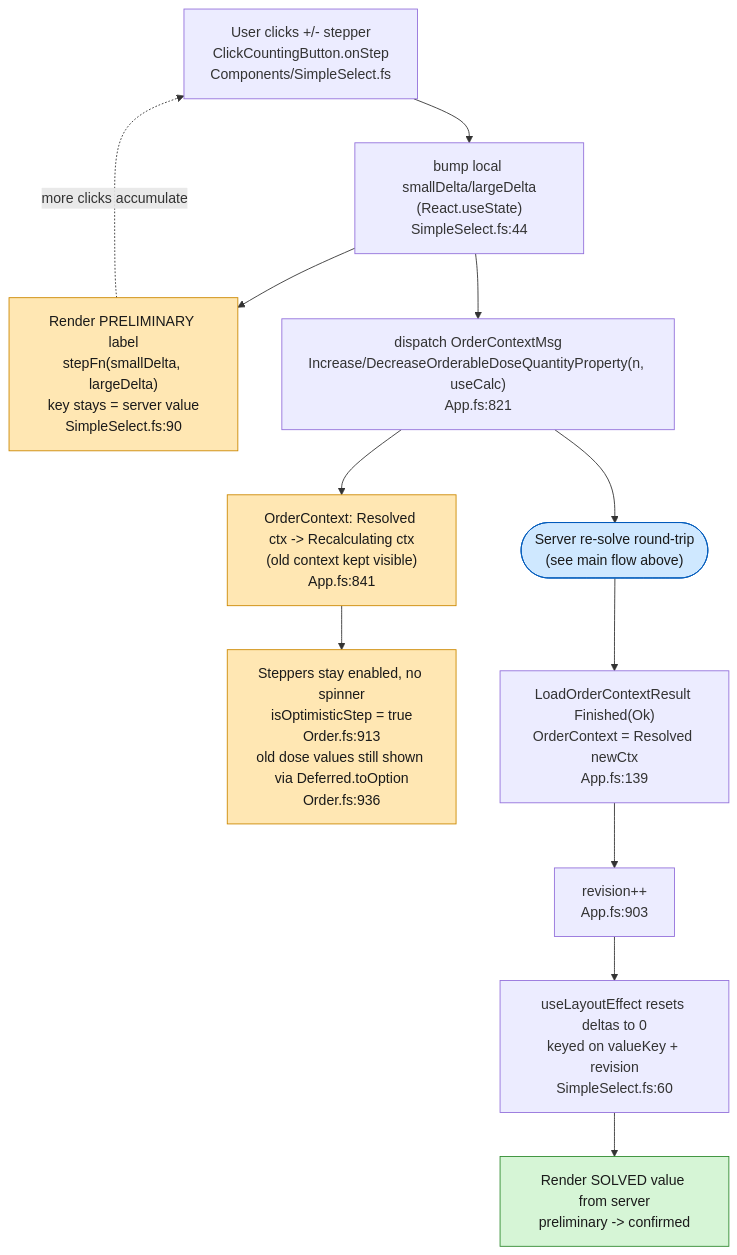
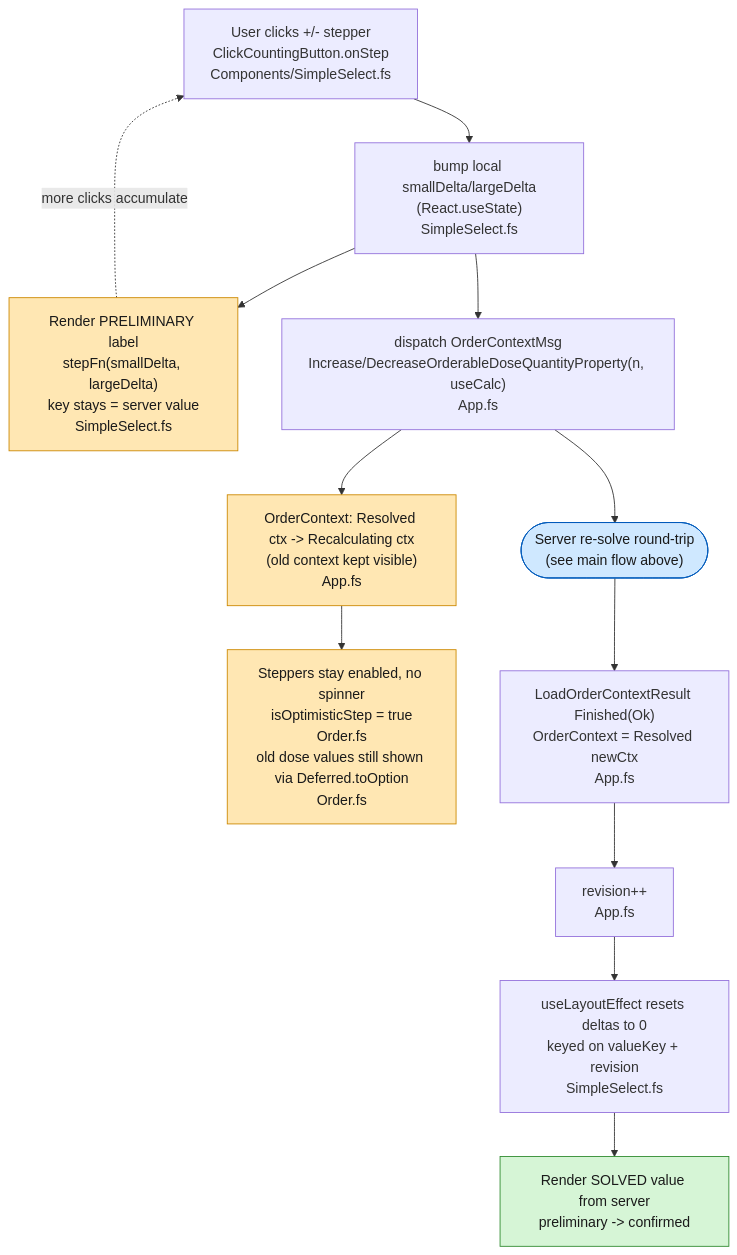
Before and after one commit to informedica/GenPRES: the second of 2 diagrams in docs/domain/dose-quantity-stepping-flow.md, drawn with Mermaid. The commit also changed other lines of this file and 7 other files, not shown here.

````diff
--- a/docs/domain/dose-quantity-stepping-flow.md
+++ b/docs/domain/dose-quantity-stepping-flow.md
@@ -59,28 +59,28 @@
 ```mermaid
 flowchart TD
     CLICK["User clicks +/- stepper<br/>ClickCountingButton.onStep<br/>Components/SimpleSelect.fs"]
-    DELTA["bump local smallDelta/largeDelta<br/>(React.useState)<br/>SimpleSelect.fs:44"]
-    PRELIM["Render PRELIMINARY label<br/>stepFn(smallDelta, largeDelta)<br/>key stays = server value<br/>SimpleSelect.fs:90"]
-    DISPATCH["dispatch OrderContextMsg<br/>Increase/DecreaseOrderableDoseQuantityProperty(n, useCalc)<br/>App.fs:821"]
+    DELTA["bump local smallDelta/largeDelta<br/>(React.useState)<br/>SimpleSelect.fs"]
+    PRELIM["Render PRELIMINARY label<br/>stepFn(smallDelta, largeDelta)<br/>key stays = server value<br/>SimpleSelect.fs"]
+    DISPATCH["dispatch OrderContextMsg<br/>Increase/DecreaseOrderableDoseQuantityProperty(n, useCalc)<br/>App.fs"]
 
-    REC["OrderContext: Resolved ctx -> Recalculating ctx<br/>(old context kept visible)<br/>App.fs:841"]
-    KEEP["Steppers stay enabled, no spinner<br/>isOptimisticStep = true<br/>Order.fs:913<br/>old dose values still shown via Deferred.toOption<br/>Order.fs:936"]
+    REC["OrderContext: Resolved ctx -> Recalculating ctx<br/>(old context kept visible)<br/>App.fs"]
+    KEEP["Steppers stay enabled, no spinner<br/>isOptimisticStep = true<br/>Order.fs<br/>old dose values still shown via Deferred.toOption<br/>Order.fs"]
 
     SERVER(["Server re-solve round-trip<br/>(see main flow above)"])
 
-    DONE["LoadOrderContextResult Finished(Ok)<br/>OrderContext = Resolved newCtx<br/>App.fs:139"]
-    BUMP["revision++<br/>App.fs:903"]
-    RESET["useLayoutEffect resets deltas to 0<br/>keyed on valueKey + revision<br/>SimpleSelect.fs:60"]
+    DONE["LoadOrderContextResult Finished(Ok)<br/>OrderContext = Resolved newCtx<br/>App.fs"]
+    BUMP["revision++<br/>App.fs"]
+    RESET["useLayoutEffect resets deltas to 0<br/>keyed on valueKey + revision<br/>SimpleSelect.fs"]
     FINAL["Render SOLVED value from server<br/>preliminary -> confirmed"]
 
     CLICK --> DELTA --> PRELIM
     DELTA --> DISPATCH --> REC --> KEEP
     PRELIM -. "more clicks accumulate" .-> CLICK
     DISPATCH --> SERVER --> DONE --> BUMP --> RESET --> FINAL
 
     style PRELIM fill:#ffe7b3,stroke:#cc8800,color:#1a1a1a
     style REC fill:#ffe7b3,stroke:#cc8800,color:#1a1a1a
     style KEEP fill:#ffe7b3,stroke:#cc8800,color:#1a1a1a
     style FINAL fill:#d6f5d6,stroke:#2e8b2e,color:#1a1a1a
     style SERVER fill:#cfe8ff,stroke:#005bbb,color:#1a1a1a
 ```
````
